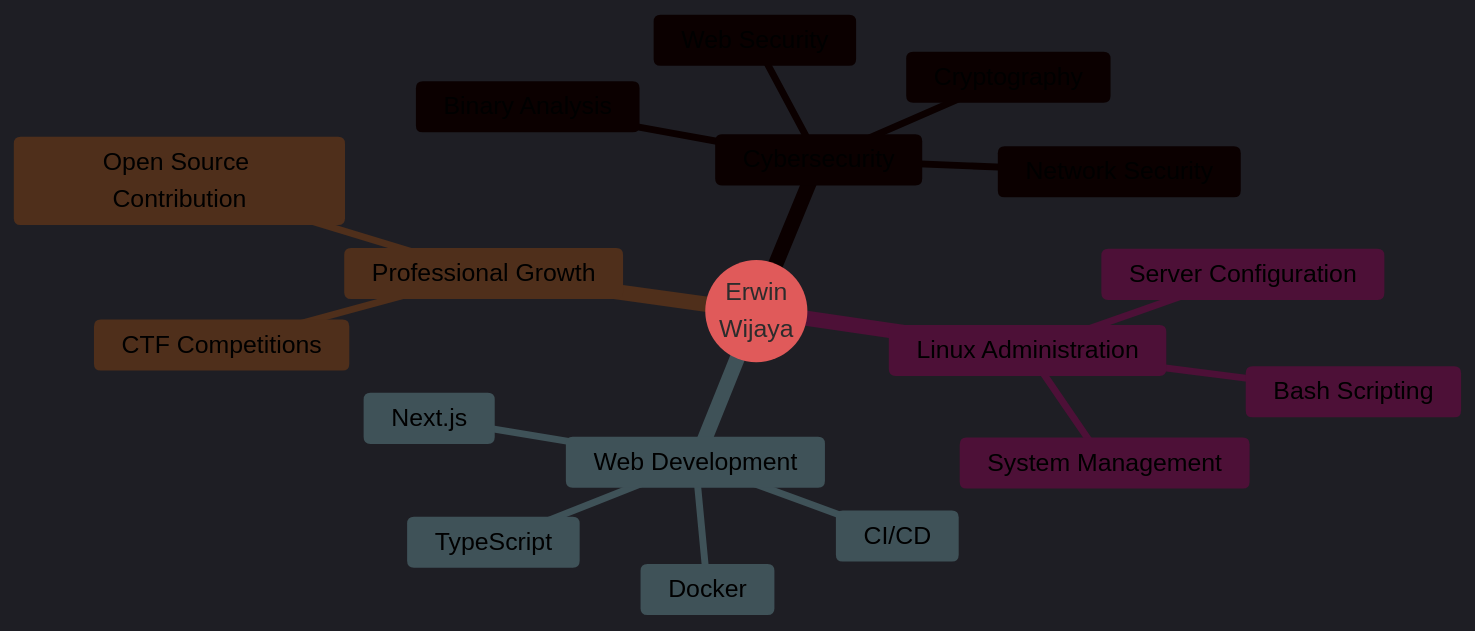
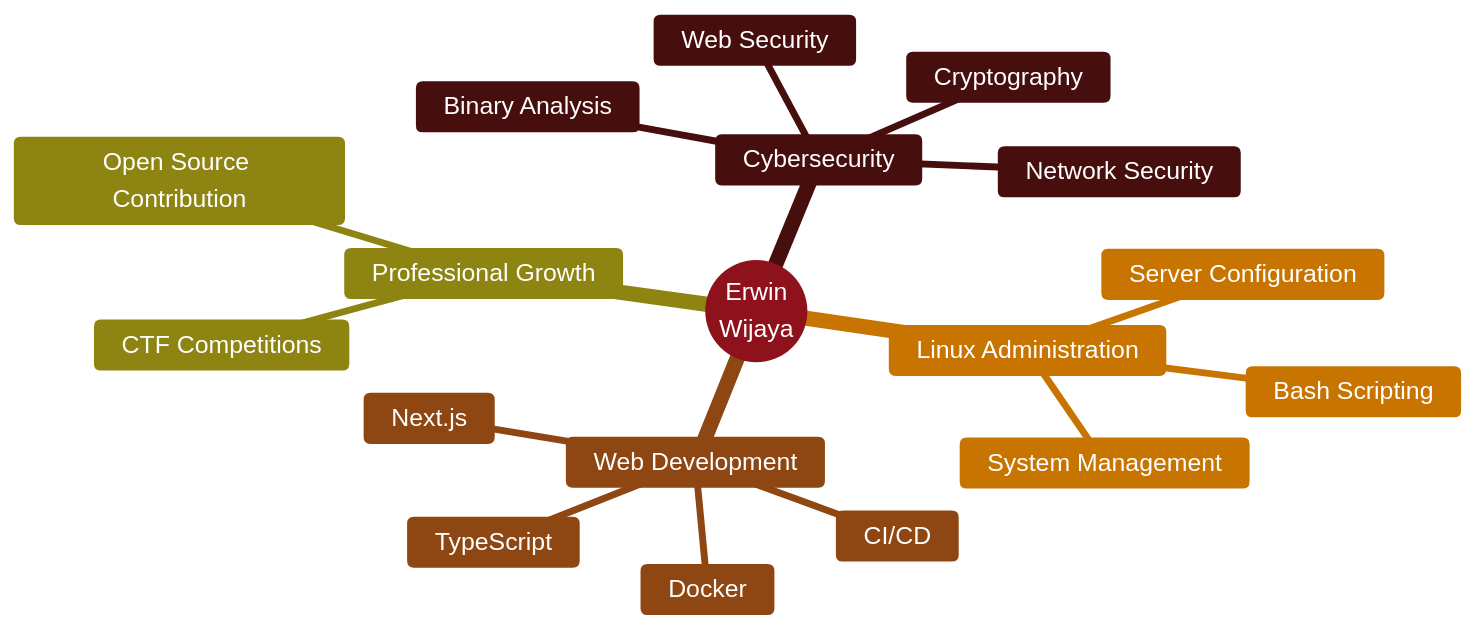
Before and after one commit to Romm31/Romm31: the diagram in README.md, drawn with Mermaid.

Commit message:
Change Mermaid theme from dark to base

````diff
--- a/README.md
+++ b/README.md
@@ -194,47 +194,45 @@
 ```mermaid
-%%{init: {'theme': 'dark', 'themeVariables': {
+%%{init: {'theme': 'base', 'themeVariables': {
   'fontSize': '18px',
   'fontFamily': 'arial',
-  'darkMode': 'true',
   'background': '#0d0d0d',
   'primaryColor': '#e63946',
   'primaryTextColor': '#ffffff',
   'primaryBorderColor': '#ff6b6b',
   'lineColor': '#ff6b6b',
   'secondaryColor': '#b22222',
   'secondaryTextColor': '#ffffff',
   'secondaryBorderColor': '#ff6b6b',
   'tertiaryColor': '#ffb347',
   'tertiaryTextColor': '#000000',
   'tertiaryBorderColor': '#ff6b6b',
   'clusterBkg': '#1a1a1a',
   'clusterBorder': '#ff6b6b',
   'titleColor': '#ff6b6b',
-  'edgeLabelBackground': '#1a1a1a',
   'nodeTextColor': '#ffffff',
   'mainBkg': '#e63946',
-  'nodeBorder': '#ff6b6b',
   'textColor': '#ffffff'
 }}}%%
+
 
 
 mindmap
   root((Erwin<br/>Wijaya))
     Cybersecurity
       Web Security
       Cryptography
       Binary Analysis
       Network Security
     Linux Administration
       System Management
       Bash Scripting
       Server Configuration
     Web Development
       Next.js
       TypeScript
       Docker
       CI/CD
     Professional Growth
       CTF Competitions
       Open Source Contribution
 ```
````
